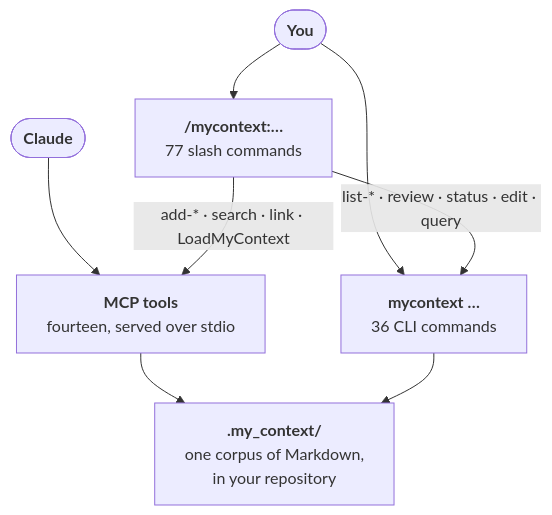
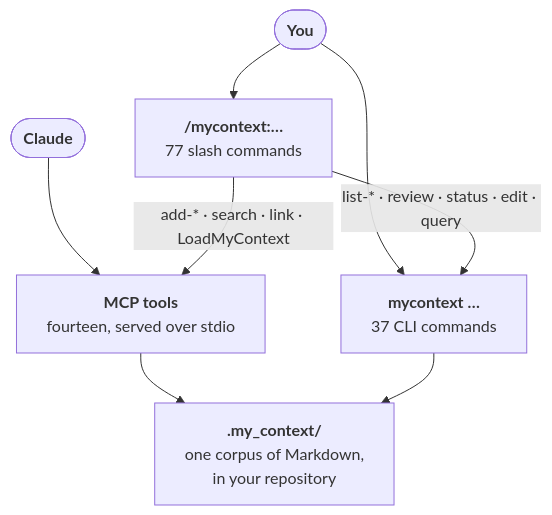
One commit to Dudi-Bar-On/my-context changed the fourth of 5 diagrams in README.md. Above: the diagram before and after it, drawn with Mermaid. The commit also changed other lines of this file and 12 other files, not shown here.

````diff
--- a/README.md
+++ b/README.md
@@ -1769,10 +1769,10 @@
 ```mermaid
 flowchart TB
   U(["<b>You</b>"]) --> SL["<b>/mycontext:…</b><br/>77 slash commands"]
-  U --> CL["<b>mycontext …</b><br/>36 CLI commands"]
+  U --> CL["<b>mycontext …</b><br/>37 CLI commands"]
   A(["<b>Claude</b>"]) --> TL["<b>MCP tools</b><br/>fourteen, served over stdio"]
   SL -->|"add-* · search · link · LoadMyContext"| TL
   SL -->|"list-* · review · status · edit · query"| CL
   TL --> CO["<b>.my_context/</b><br/>one corpus of Markdown,<br/>in your repository"]
   CL --> CO
 ```
````
